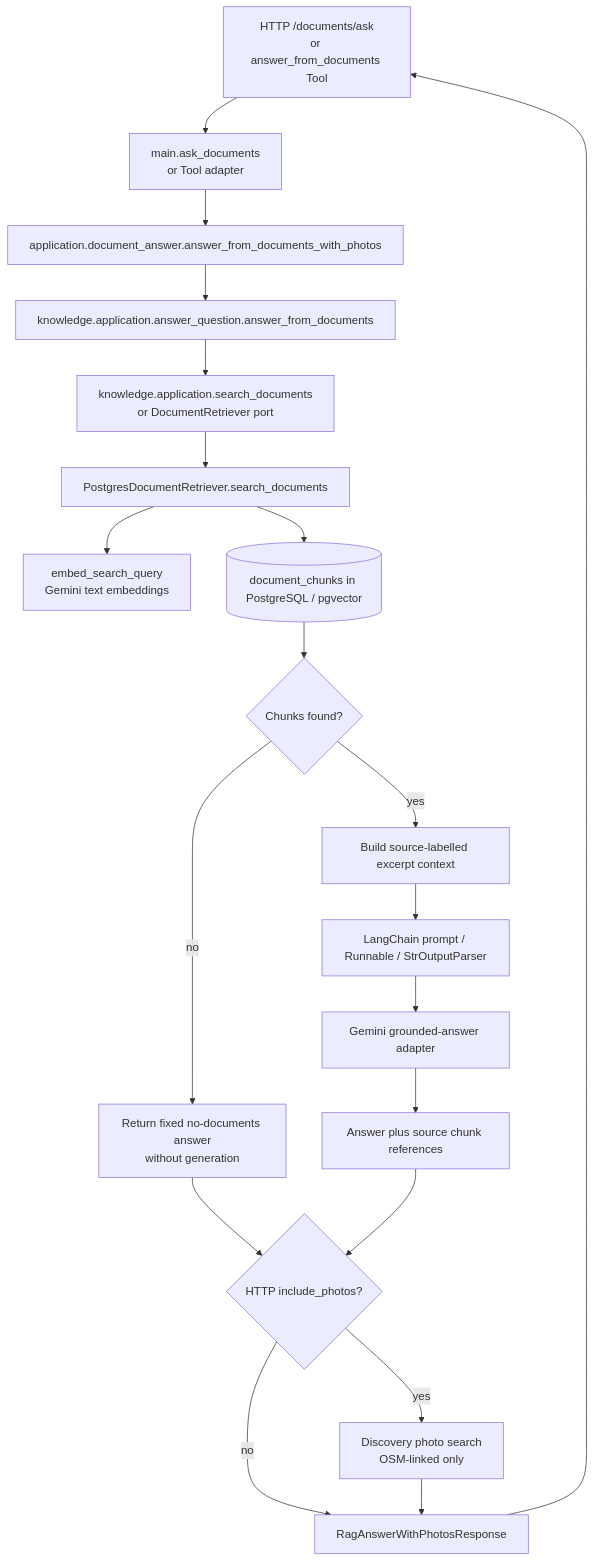
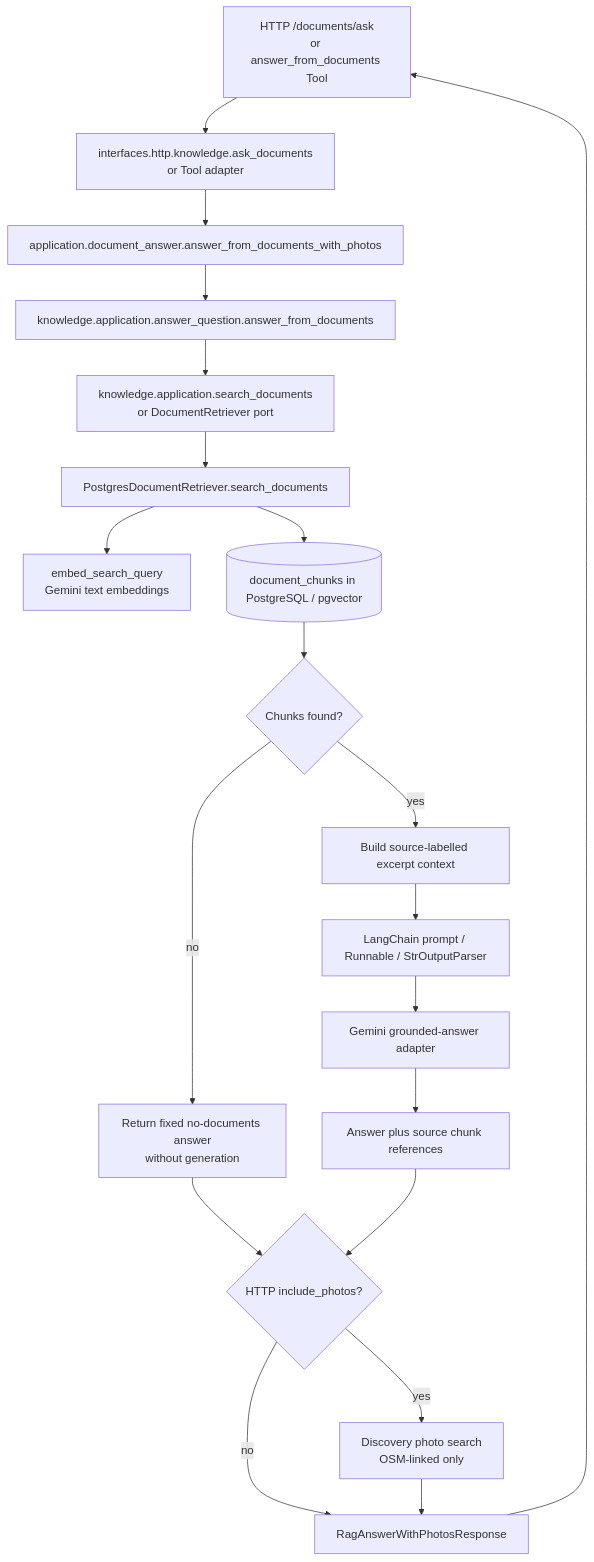
Before and after one commit to devCarlosMonsalve/restaurant-ai-rag: the fourth of 7 diagrams in backend/ARCHITECTURE.md, drawn with Mermaid. The commit also changed other lines of this file and 9 other files, not shown here.

````diff
--- a/backend/ARCHITECTURE.md
+++ b/backend/ARCHITECTURE.md
@@ -173,22 +173,22 @@
 ```mermaid
 flowchart TD
-  caller[HTTP /documents/ask<br/>or answer_from_documents Tool] --> composition[main.ask_documents<br/>or Tool adapter]
+  caller[HTTP /documents/ask<br/>or answer_from_documents Tool] --> composition[interfaces.http.knowledge.ask_documents<br/>or Tool adapter]
   composition --> usecase[application.document_answer.answer_from_documents_with_photos]
   usecase --> answer[knowledge.application.answer_question.answer_from_documents]
   answer --> retrieve[knowledge.application.search_documents<br/>or DocumentRetriever port]
   retrieve --> pg[PostgresDocumentRetriever.search_documents]
   pg --> embed[embed_search_query<br/>Gemini text embeddings]
   pg --> chunks[(document_chunks in PostgreSQL / pgvector)]
   chunks --> found{Chunks found?}
   found -->|no| empty[Return fixed no-documents answer<br/>without generation]
   found -->|yes| context[Build source-labelled excerpt context]
   context --> chain[LangChain prompt / Runnable / StrOutputParser]
   chain --> gemini[Gemini grounded-answer adapter]
   gemini --> cited[Answer plus source chunk references]
   empty --> photos{HTTP include_photos?}
   cited --> photos
   photos -->|yes| imageSearch[Discovery photo search<br/>OSM-linked only]
   photos -->|no| response[RagAnswerWithPhotosResponse]
   imageSearch --> response
   response --> caller
 ```
````
